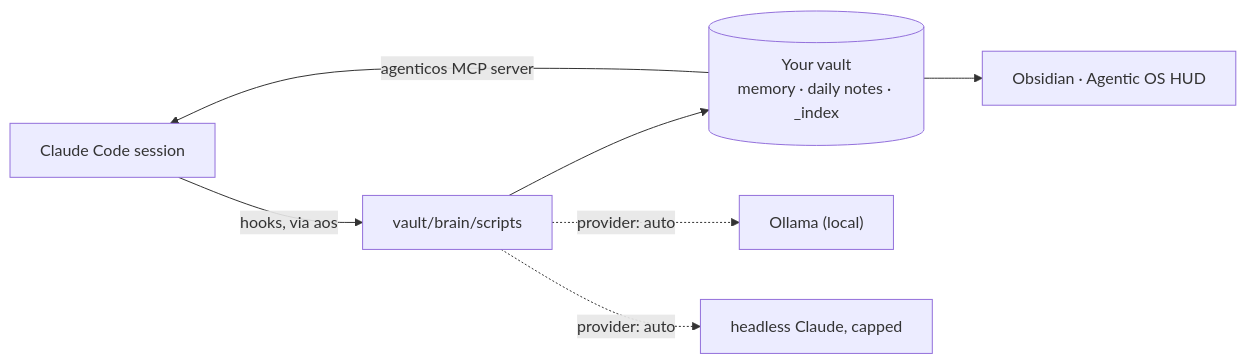
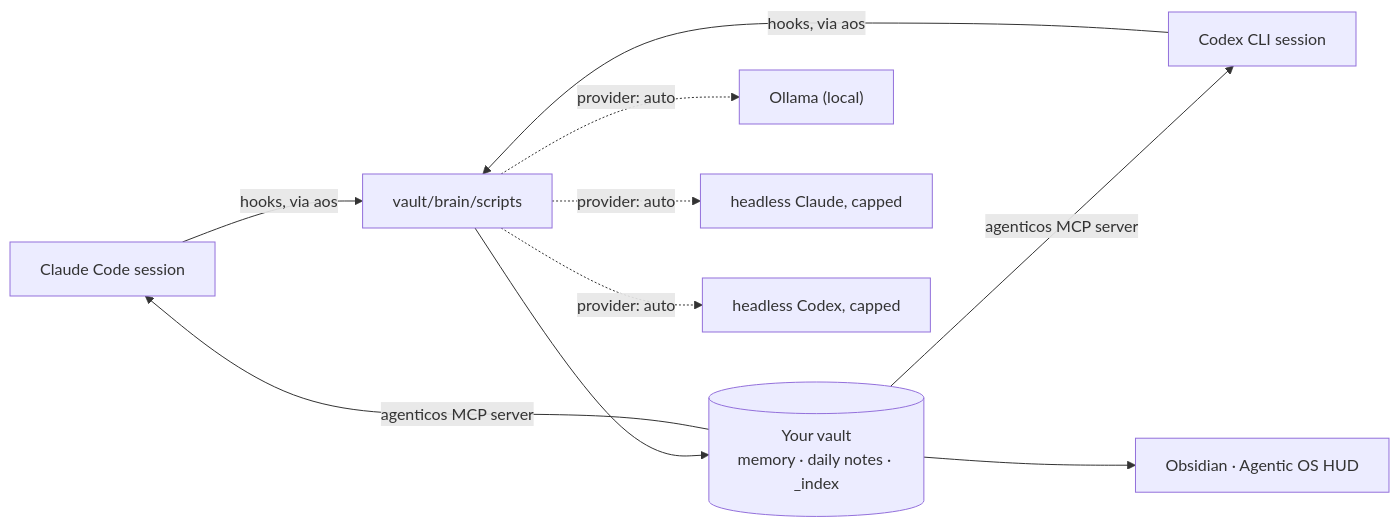
Before and after one commit to zzoretich/AgenticOS-Workbench: the diagram in README.md, drawn with Mermaid. The commit also changed other lines of this file and 53 other files, not shown here.

First line of the commit message:
feat: Codex CLI as a session host, beside or instead of Claude Code (#5)

````diff
--- a/README.md
+++ b/README.md
@@ -251,9 +255,12 @@
 ```mermaid
 flowchart LR
   CC["Claude Code session"] -- "hooks, via aos" --> RT["vault/brain/scripts"]
+  CX["Codex CLI session"] -- "hooks, via aos" --> RT
   RT --> V[("Your vault<br/>memory · daily notes · _index")]
   V -- "agenticos MCP server" --> CC
+  V -- "agenticos MCP server" --> CX
   V --> HUD["Obsidian · Agentic OS HUD"]
   RT -. "provider: auto" .-> OL["Ollama (local)"]
   RT -. "provider: auto" .-> HC["headless Claude, capped"]
+  RT -. "provider: auto" .-> HX["headless Codex, capped"]
 ```
````
